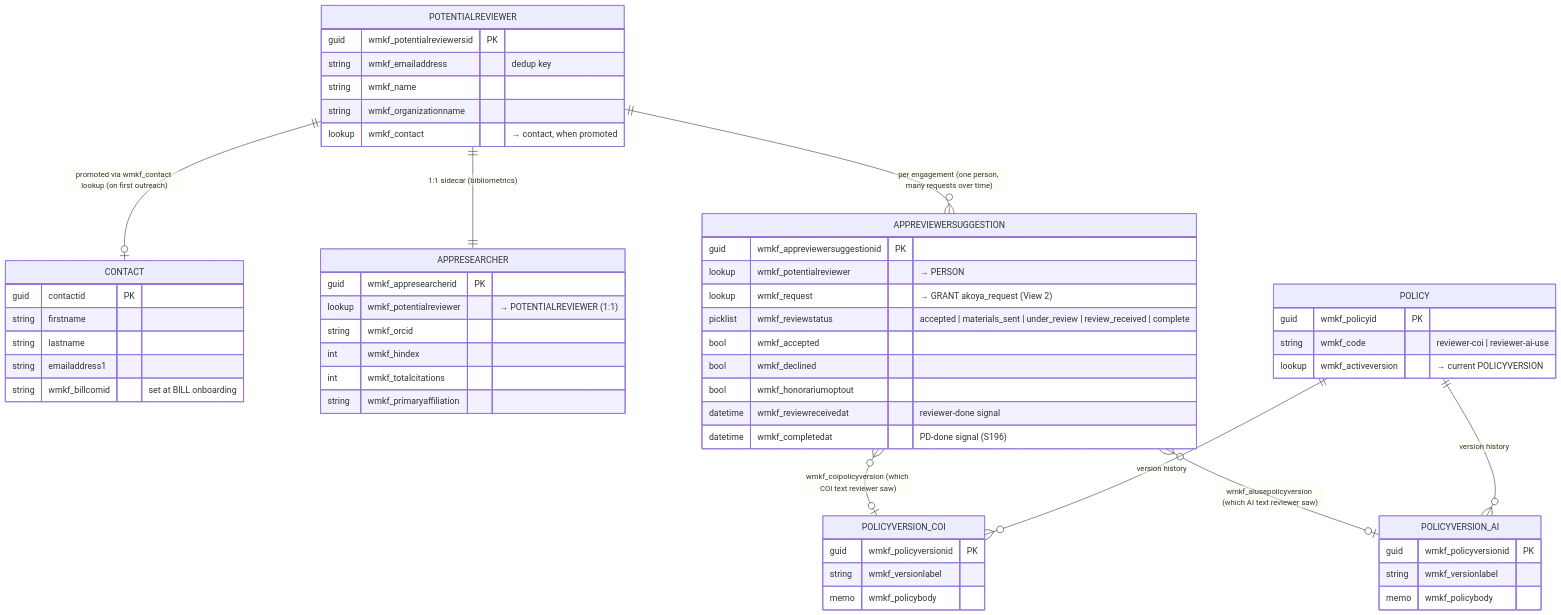
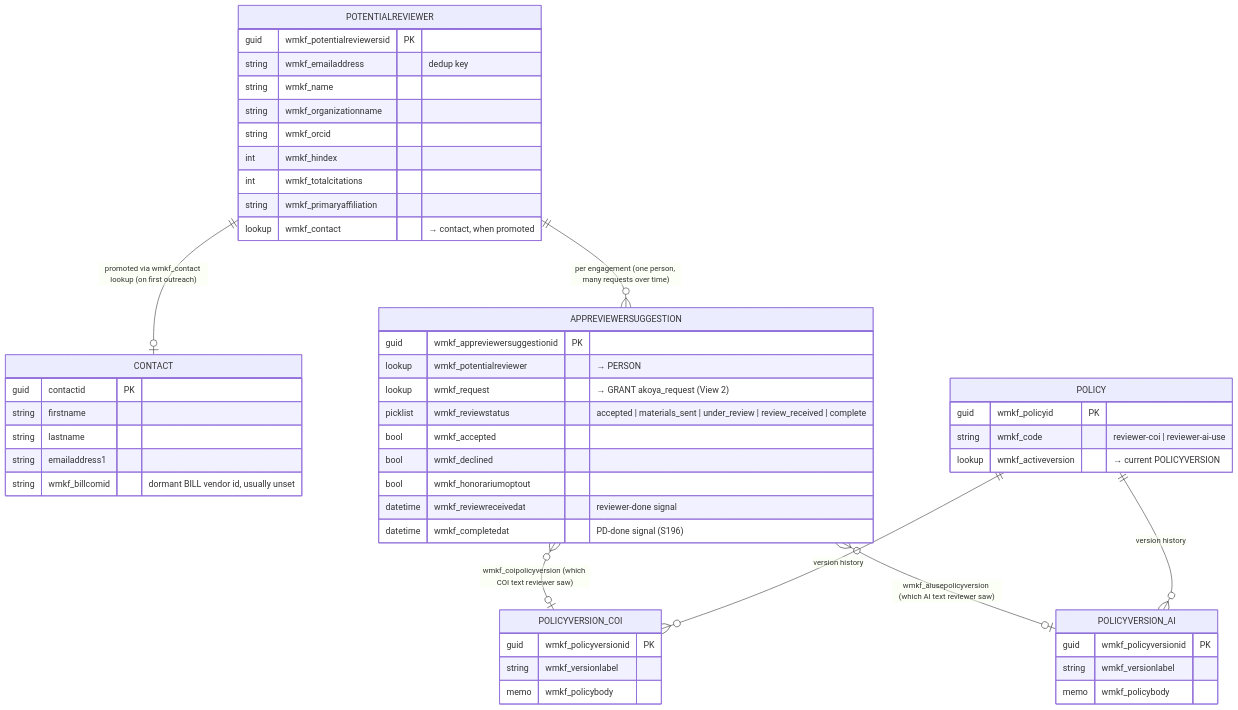
Before and after one commit to justingallivan/wmkf-research-apps: the first of 3 diagrams in docs/REVIEWER_DATA_MODEL.md, drawn with Mermaid. The commit also changed other lines of this file and 19 other files, not shown here.

````diff
--- a/docs/REVIEWER_DATA_MODEL.md
+++ b/docs/REVIEWER_DATA_MODEL.md
@@ -61,60 +61,55 @@
 ```mermaid
 erDiagram
     POTENTIALREVIEWER ||--o| CONTACT : "promoted via wmkf_contact lookup (on first outreach)"
-    POTENTIALREVIEWER ||--|| APPRESEARCHER : "1:1 sidecar (bibliometrics)"
     POTENTIALREVIEWER ||--o{ APPREVIEWERSUGGESTION : "per engagement (one person, many requests over time)"
 
     APPREVIEWERSUGGESTION }o--o| POLICYVERSION_COI : "wmkf_coipolicyversion (which COI text reviewer saw)"
     APPREVIEWERSUGGESTION }o--o| POLICYVERSION_AI  : "wmkf_aiusepolicyversion (which AI text reviewer saw)"
     POLICY ||--o{ POLICYVERSION_COI : "version history"
     POLICY ||--o{ POLICYVERSION_AI  : "version history"
 
     POTENTIALREVIEWER {
         guid wmkf_potentialreviewersid PK
         string wmkf_emailaddress "dedup key"
         string wmkf_name
         string wmkf_organizationname
-        lookup wmkf_contact "→ contact, when promoted"
-    }
-    APPRESEARCHER {
-        guid wmkf_appresearcherid PK
-        lookup wmkf_potentialreviewer "→ POTENTIALREVIEWER (1:1)"
         string wmkf_orcid
         int    wmkf_hindex
         int    wmkf_totalcitations
         string wmkf_primaryaffiliation
+        lookup wmkf_contact "→ contact, when promoted"
     }
     CONTACT {
         guid contactid PK
         string firstname
         string lastname
         string emailaddress1
-        string wmkf_billcomid "set at BILL onboarding"
+        string wmkf_billcomid "dormant BILL vendor id, usually unset"
     }
     APPREVIEWERSUGGESTION {
         guid wmkf_appreviewersuggestionid PK
         lookup wmkf_potentialreviewer "→ PERSON"
         lookup wmkf_request "→ GRANT akoya_request (View 2)"
         picklist wmkf_reviewstatus "accepted | materials_sent | under_review | review_received | complete"
         bool wmkf_accepted
         bool wmkf_declined
         bool wmkf_honorariumoptout
         datetime wmkf_reviewreceivedat "reviewer-done signal"
         datetime wmkf_completedat "PD-done signal (S196)"
     }
     POLICY {
         guid wmkf_policyid PK
         string wmkf_code "reviewer-coi | reviewer-ai-use"
         lookup wmkf_activeversion "→ current POLICYVERSION"
     }
     POLICYVERSION_COI {
         guid wmkf_policyversionid PK
         string wmkf_versionlabel
         memo wmkf_policybody
     }
     POLICYVERSION_AI {
         guid wmkf_policyversionid PK
         string wmkf_versionlabel
         memo wmkf_policybody
     }
 ```
````
